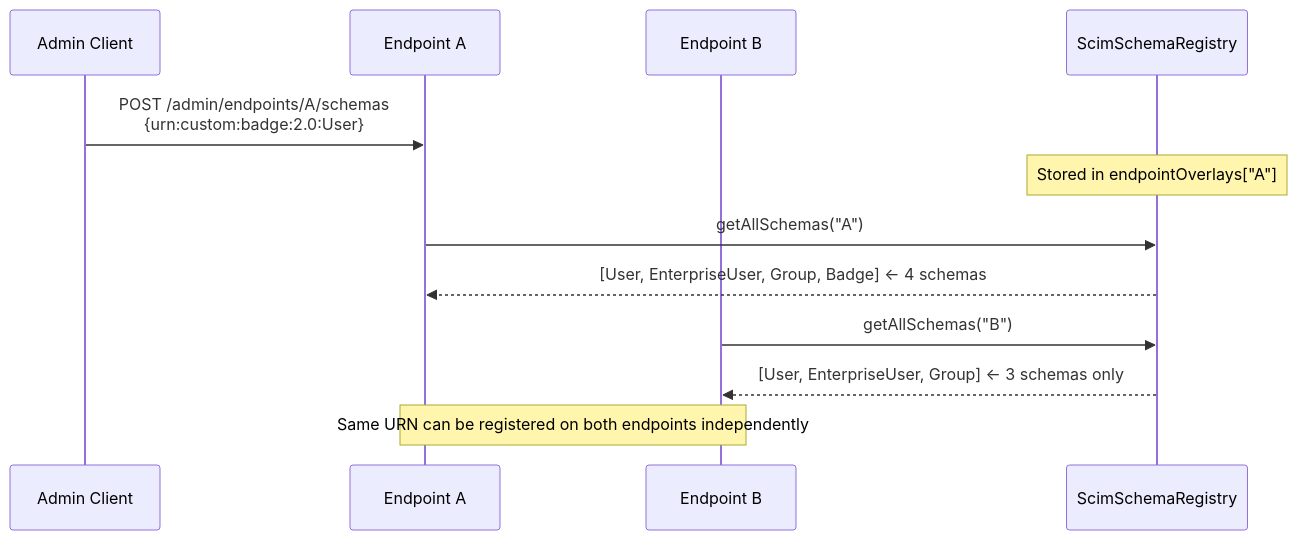
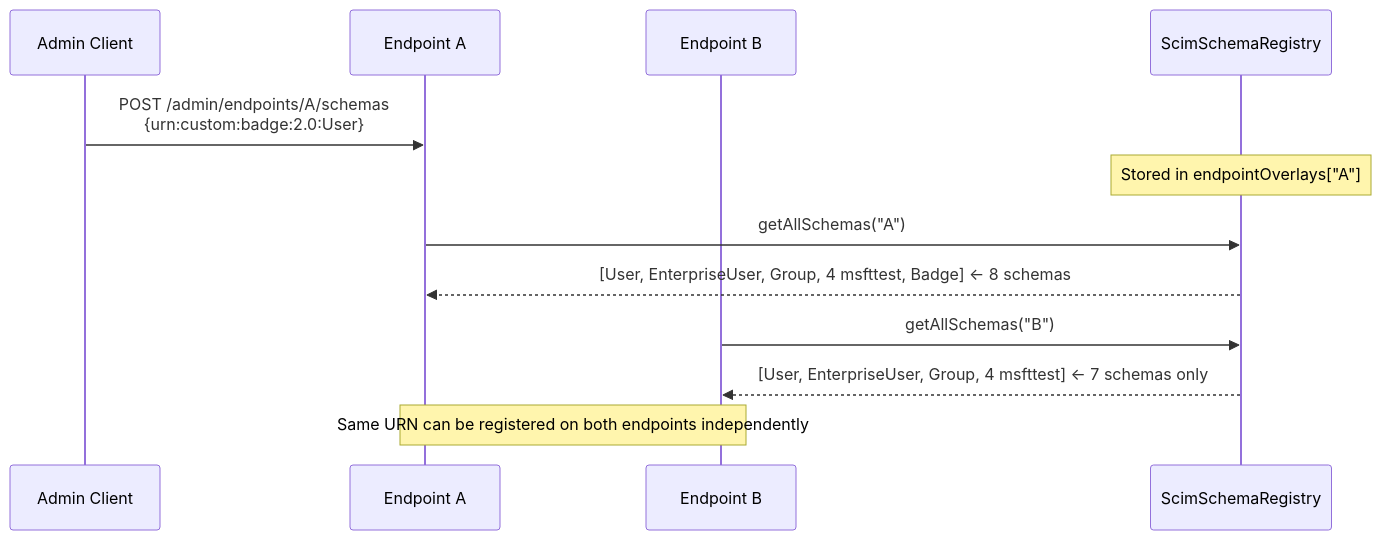
One commit to pranems/SCIMServer changed the eighth of 8 diagrams in docs/DISCOVERY_AND_ENDPOINT_SCHEMAS.md. Above: the diagram before and after it, drawn with Mermaid. The commit also changed other lines of this file and 34 other files, not shown here.

````diff
--- a/docs/DISCOVERY_AND_ENDPOINT_SCHEMAS.md
+++ b/docs/DISCOVERY_AND_ENDPOINT_SCHEMAS.md
@@ -1273,18 +1273,18 @@
 ```mermaid
 sequenceDiagram
     participant Admin as Admin Client
     participant EP_A as Endpoint A
     participant EP_B as Endpoint B
     participant Registry as ScimSchemaRegistry
 
     Admin->>EP_A: POST /admin/endpoints/A/schemas<br/>{urn:custom:badge:2.0:User}
     Note over Registry: Stored in endpointOverlays["A"]
 
     EP_A->>Registry: getAllSchemas("A")
-    Registry-->>EP_A: [User, EnterpriseUser, Group, Badge] ← 4 schemas
+    Registry-->>EP_A: [User, EnterpriseUser, Group, 4 msfttest, Badge] ← 8 schemas
 
     EP_B->>Registry: getAllSchemas("B")
-    Registry-->>EP_B: [User, EnterpriseUser, Group] ← 3 schemas only
+    Registry-->>EP_B: [User, EnterpriseUser, Group, 4 msfttest] ← 7 schemas only
 
     Note over EP_A,EP_B: Same URN can be registered on both endpoints independently
 ```
````
